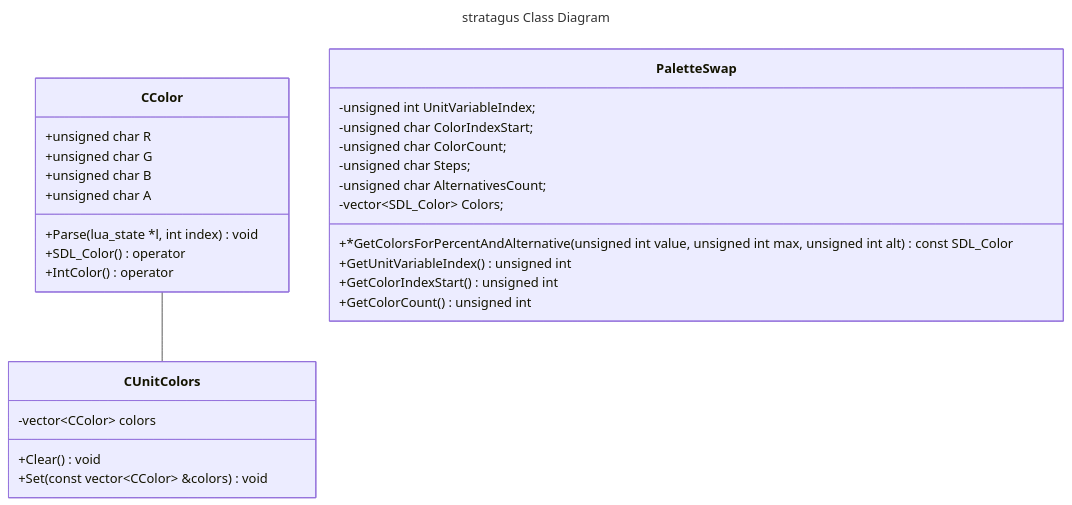
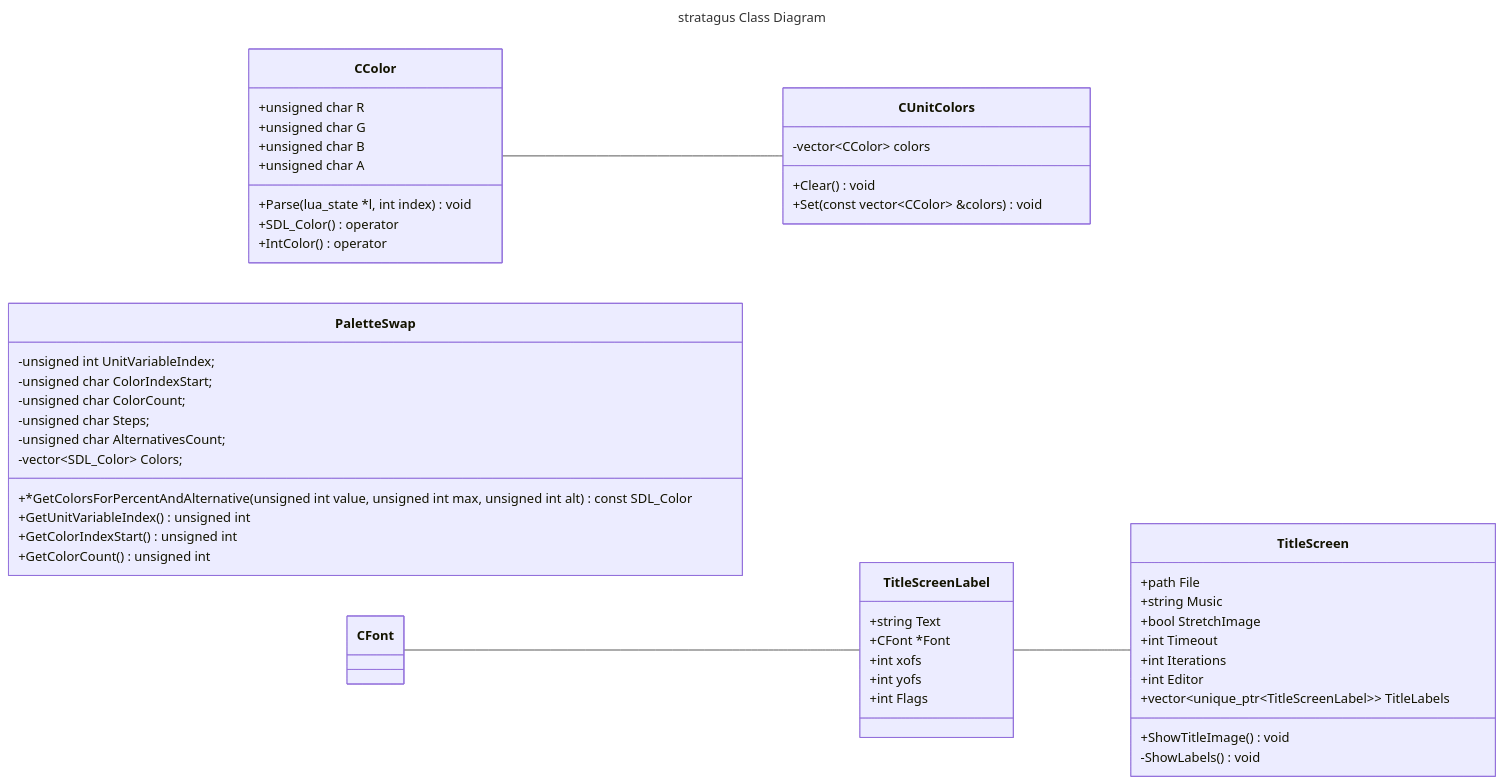
The diagram in uml/class.md (SimoneStarace/stratagus), drawn with Mermaid before and after one commit.

Commit message:
Add classes from title.h into class.md

````diff
--- a/uml/class.md
+++ b/uml/class.md
@@ -1,37 +1,68 @@
 ```mermaid
 ---
 title: stratagus Class Diagram
 ---
 classDiagram
+	direction LR
+	%% Classes defined in color.h
 	class CColor{
 		+unsigned char R
 		+unsigned char G
 		+unsigned char B
 		+unsigned char A
 		+Parse(lua_state *l, int index) void
 		+SDL_Color() operator
 		+IntColor() operator
 	}
 
 	class CUnitColors{
 		-vector~CColor~ colors
 		+Clear() void
 		+Set(const vector~CColor~ &colors) void
 	}
 
 	class PaletteSwap{
 		-unsigned int UnitVariableIndex;
 		-unsigned char ColorIndexStart;
 		-unsigned char ColorCount;
 		-unsigned char Steps;
 		-unsigned char AlternativesCount;
 		-vector~SDL_Color~ Colors;
 		+*GetColorsForPercentAndAlternative(unsigned int value, unsigned int max, unsigned int alt) const SDL_Color
 		+GetUnitVariableIndex() unsigned int
 		+GetColorIndexStart() unsigned int
 		+GetColorCount() unsigned int
 	}
 
+	%% Classes defined in title.h
+	class CFont
+	
+	class TitleScreenLabel{
+		+string Text
+		+CFont *Font
+		+int xofs
+		+int yofs
+		+int Flags
+	}
+
+	class TitleScreen{
+		+path File
+		+string Music
+		+bool StretchImage
+		+int Timeout
+		+int Iterations
+		+int Editor
+		+vector~unique_ptr~TitleScreenLabel~~ TitleLabels
+		+ShowTitleImage() void
+		-ShowLabels() void
+	}
+
+	%% Connections
 	CColor -- CUnitColors
+	CFont -- TitleScreenLabel
+	TitleScreenLabel -- TitleScreen
+
+	%% Links
 	link CColor "https://github.com/SimoneStarace/stratagus/blob/uml_diagrams/src/include/color.h"
+	link CFont "https://github.com/SimoneStarace/stratagus/blob/uml_diagrams/src/include/title.h"
 ```
````
